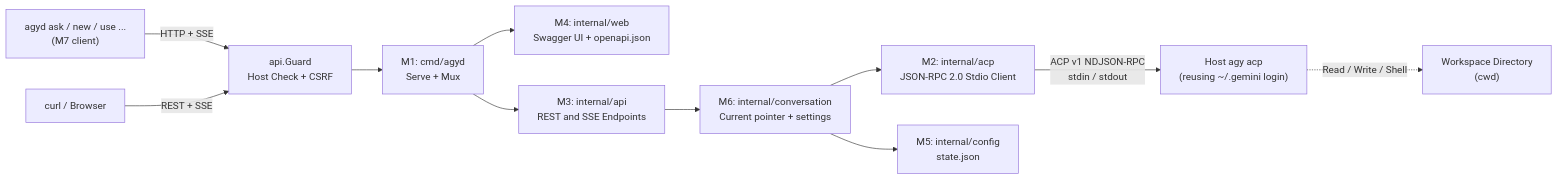
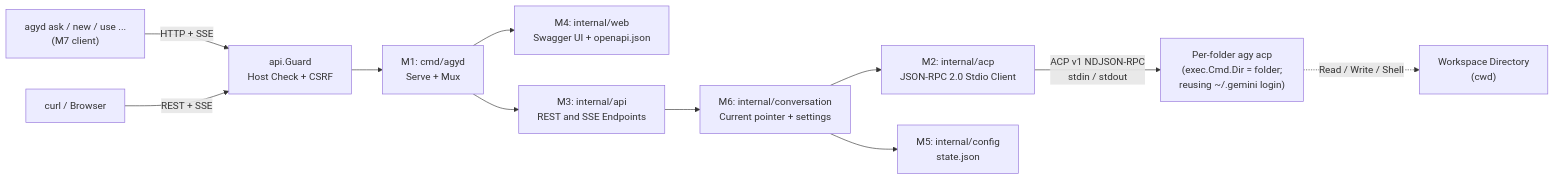
Before and after one commit to kesokaj/agyd: the first of 3 diagrams in SDD.md, drawn with Mermaid. The commit also changed other lines of this file and 18 other files, not shown here.

Commit message:
Isolate ACP child processes per folder (Phase 4b)

````diff
--- a/SDD.md
+++ b/SDD.md
@@ -10,13 +10,13 @@
 ```mermaid
 flowchart LR
   CLI["agyd ask / new / use ...\n(M7 client)"] -->|"HTTP + SSE"| Guard
   Caller["curl / Browser"] -->|"REST + SSE"| Guard["api.Guard\nHost Check + CSRF"]
   Guard --> M1["M1: cmd/agyd\nServe + Mux"]
   M1 --> M4["M4: internal/web\nSwagger UI + openapi.json"]
   M1 --> M3["M3: internal/api\nREST and SSE Endpoints"]
   M3 --> M6["M6: internal/conversation\nCurrent pointer + settings"]
   M6 --> M2["M2: internal/acp\nJSON-RPC 2.0 Stdio Client"]
   M6 --> M5["M5: internal/config\nstate.json"]
-  M2 -->|"ACP v1 NDJSON-RPC\nstdin / stdout"| Agy["Host agy acp\n(reusing ~/.gemini login)"]
+  M2 -->|"ACP v1 NDJSON-RPC\nstdin / stdout"| Agy["Per-folder agy acp\n(exec.Cmd.Dir = folder;\nreusing ~/.gemini login)"]
   Agy -.->|"Read / Write / Shell"| Workspace["Workspace Directory\n(cwd)"]
 ```
````
